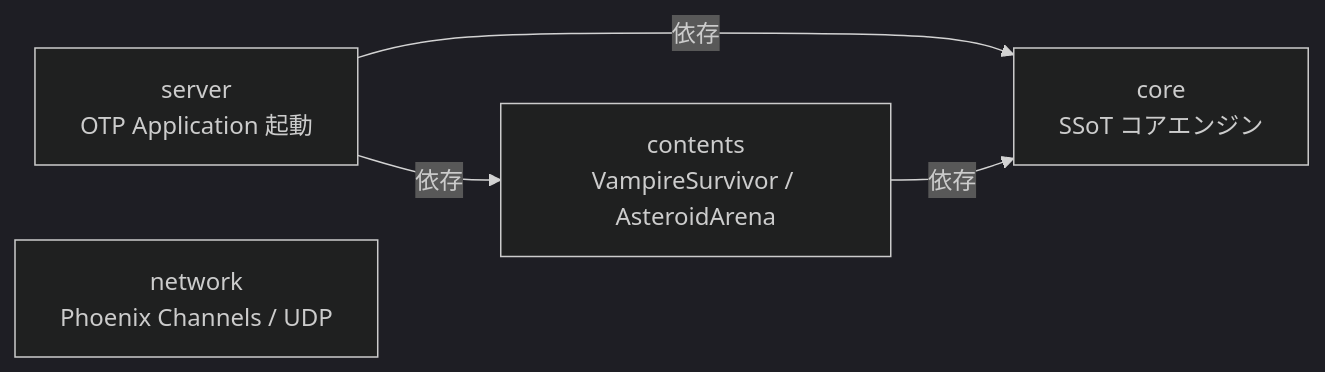
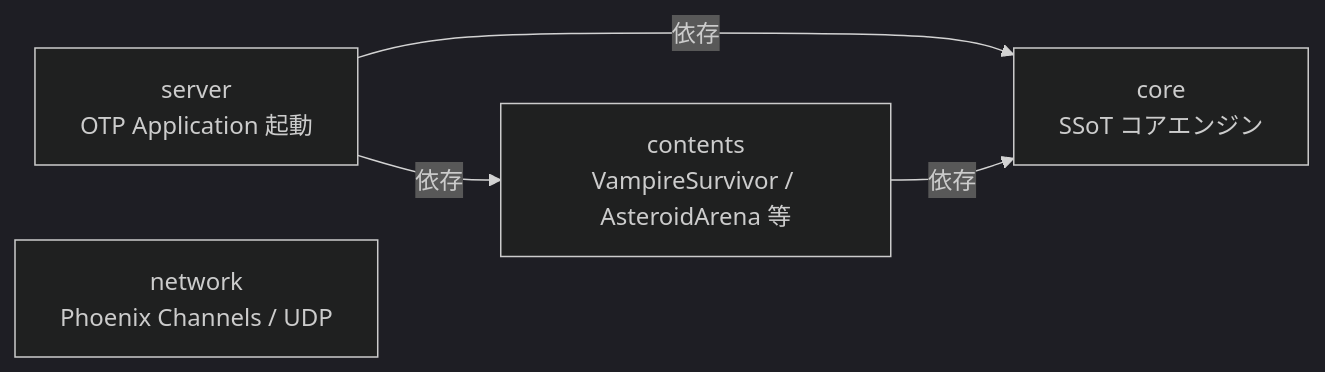
The first of 2 diagrams in docs/architecture/elixir/server.md (FRICK-ELDY/alchemy-engine), drawn with Mermaid (dark theme) before and after one commit. The commit also changed other lines of this file and 5 other files, not shown here.

Commit message:
update architecture

````diff
--- a/docs/architecture/elixir/server.md
+++ b/docs/architecture/elixir/server.md
@@ -11,11 +11,11 @@
 ```mermaid
 graph LR
     GS[server<br/>OTP Application 起動]
     GE[core<br/>SSoT コアエンジン]
-    GC[contents<br/>VampireSurvivor / AsteroidArena]
+    GC[contents<br/>VampireSurvivor / AsteroidArena 等]
     GN[network<br/>Phoenix Channels / UDP]
 
     GS -->|依存| GE
     GS -->|依存| GC
     GC -->|依存| GE
 ```
````
